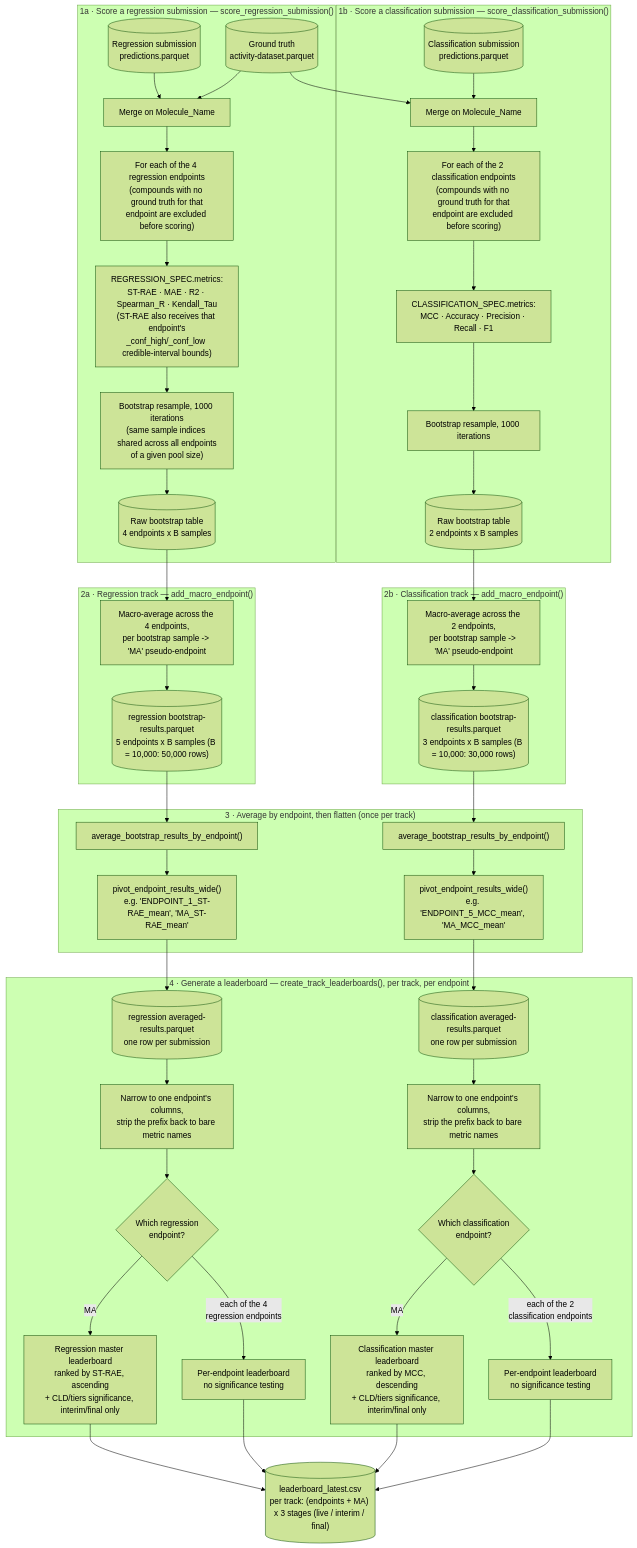
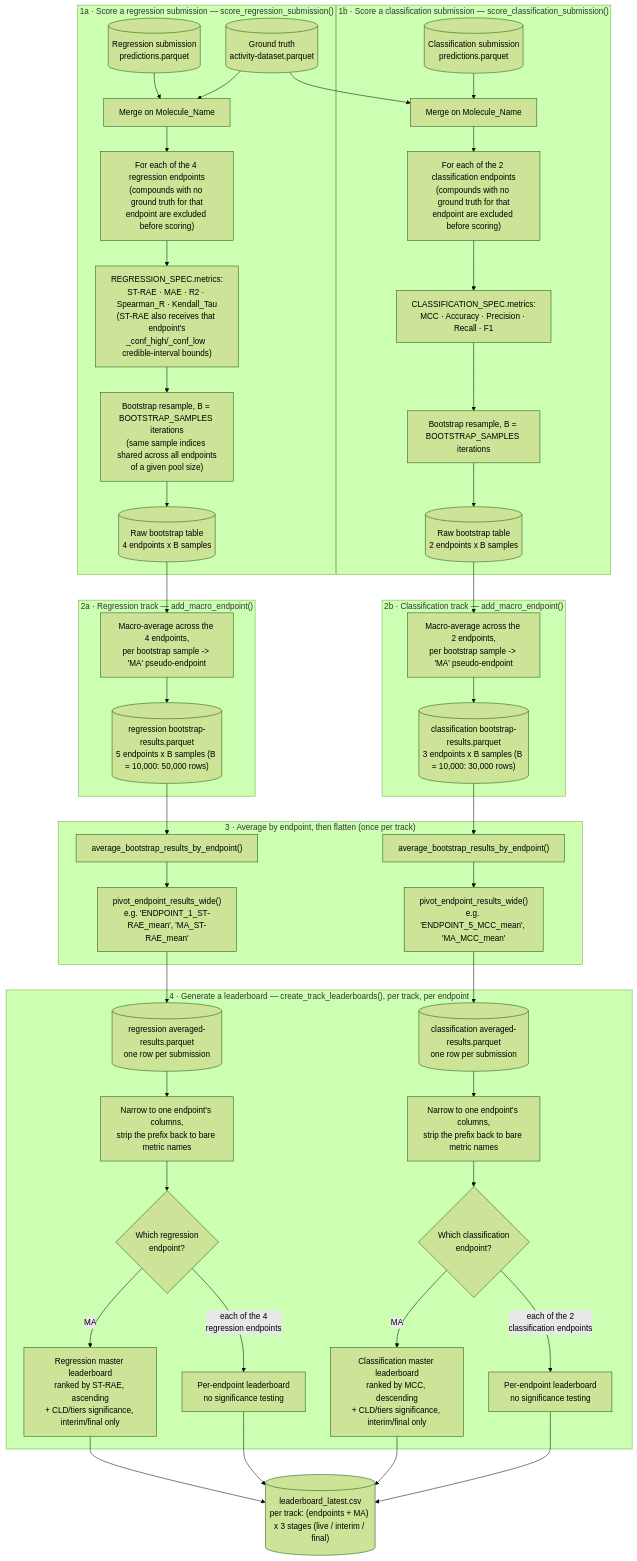
One commit to OpenADMET/blind-challenge-template changed the diagram in docs/scoring-and-leaderboards.md. Above: the diagram before and after it, drawn with Mermaid (forest theme). The commit also changed other lines of this file and 9 other files, not shown here.

````diff
--- a/docs/scoring-and-leaderboards.md
+++ b/docs/scoring-and-leaderboards.md
@@ -25,59 +25,59 @@
 ```mermaid
 flowchart TD
     subgraph S1R["1a · Score a regression submission — score_regression_submission()"]
         RPRED[("Regression submission<br/>predictions.parquet")]
         GT[("Ground truth<br/>activity-dataset.parquet")]
         RPRED --> RMERGE["Merge on Molecule_Name"]
         GT --> RMERGE
         RMERGE --> RLOOP["For each of the 4 regression endpoints<br/>(compounds with no ground truth for that<br/>endpoint are excluded before scoring)"]
         RLOOP --> RMETRICS["REGRESSION_SPEC.metrics:<br/>ST-RAE · MAE · R2 · Spearman_R · Kendall_Tau<br/>(ST-RAE also receives that endpoint's<br/>_conf_high/_conf_low credible-interval bounds)"]
-        RMETRICS --> RBOOT["Bootstrap resample, 1000 iterations<br/>(same sample indices shared across all endpoints<br/>of a given pool size)"]
+        RMETRICS --> RBOOT["Bootstrap resample, B = BOOTSTRAP_SAMPLES iterations<br/>(same sample indices shared across all endpoints<br/>of a given pool size)"]
         RBOOT --> RRAW[("Raw bootstrap table<br/>4 endpoints x B samples")]
     end
 
     subgraph S1C["1b · Score a classification submission — score_classification_submission()"]
         CPRED[("Classification submission<br/>predictions.parquet")]
         GT --> CMERGE["Merge on Molecule_Name"]
         CPRED --> CMERGE
         CMERGE --> CLOOP["For each of the 2 classification endpoints<br/>(compounds with no ground truth for that<br/>endpoint are excluded before scoring)"]
         CLOOP --> CMETRICS["CLASSIFICATION_SPEC.metrics:<br/>MCC · Accuracy · Precision · Recall · F1"]
-        CMETRICS --> CBOOT["Bootstrap resample, 1000 iterations"]
+        CMETRICS --> CBOOT["Bootstrap resample, B = BOOTSTRAP_SAMPLES iterations"]
         CBOOT --> CRAW[("Raw bootstrap table<br/>2 endpoints x B samples")]
     end
 
     subgraph S2R["2a · Regression track — add_macro_endpoint()"]
         RRAW --> RMA["Macro-average across the 4 endpoints,<br/>per bootstrap sample -&gt; 'MA' pseudo-endpoint"]
         RMA --> RCOMBINED[("regression bootstrap-results.parquet<br/>5 endpoints x B samples (B = 10,000: 50,000 rows)")]
     end
 
     subgraph S2C["2b · Classification track — add_macro_endpoint()"]
         CRAW --> CMA["Macro-average across the 2 endpoints,<br/>per bootstrap sample -&gt; 'MA' pseudo-endpoint"]
         CMA --> CCOMBINED[("classification bootstrap-results.parquet<br/>3 endpoints x B samples (B = 10,000: 30,000 rows)")]
     end
 
     subgraph S3["3 · Average by endpoint, then flatten (once per track)"]
         RCOMBINED --> RBYEP["average_bootstrap_results_by_endpoint()"]
         CCOMBINED --> CBYEP["average_bootstrap_results_by_endpoint()"]
         RBYEP --> RPIVOT["pivot_endpoint_results_wide()<br/>e.g. 'ENDPOINT_1_ST-RAE_mean', 'MA_ST-RAE_mean'"]
         CBYEP --> CPIVOT["pivot_endpoint_results_wide()<br/>e.g. 'ENDPOINT_5_MCC_mean', 'MA_MCC_mean'"]
     end
 
     RPIVOT --> RWIDESAVE[("regression averaged-results.parquet<br/>one row per submission")]
     CPIVOT --> CWIDESAVE[("classification averaged-results.parquet<br/>one row per submission")]
 
     subgraph S4["4 · Generate a leaderboard — create_track_leaderboards(), per track, per endpoint"]
         RWIDESAVE --> RNARROW2["Narrow to one endpoint's columns,<br/>strip the prefix back to bare metric names"]
         CWIDESAVE --> CNARROW2["Narrow to one endpoint's columns,<br/>strip the prefix back to bare metric names"]
         RNARROW2 --> RWHICH{"Which regression<br/>endpoint?"}
         CNARROW2 --> CWHICH{"Which classification<br/>endpoint?"}
         RWHICH -->|MA| RMASTER["Regression master leaderboard<br/>ranked by ST-RAE, ascending<br/>+ CLD/tiers significance, interim/final only"]
         RWHICH -->|"each of the 4<br/>regression endpoints"| RPER["Per-endpoint leaderboard<br/>no significance testing"]
         CWHICH -->|MA| CMASTER["Classification master leaderboard<br/>ranked by MCC, descending<br/>+ CLD/tiers significance, interim/final only"]
         CWHICH -->|"each of the 2<br/>classification endpoints"| CPER["Per-endpoint leaderboard<br/>no significance testing"]
     end
 
     RMASTER --> CSV[("leaderboard_latest.csv<br/>per track: (endpoints + MA) x 3 stages (live / interim / final)")]
     RPER --> CSV
     CMASTER --> CSV
     CPER --> CSV
 ```
````
